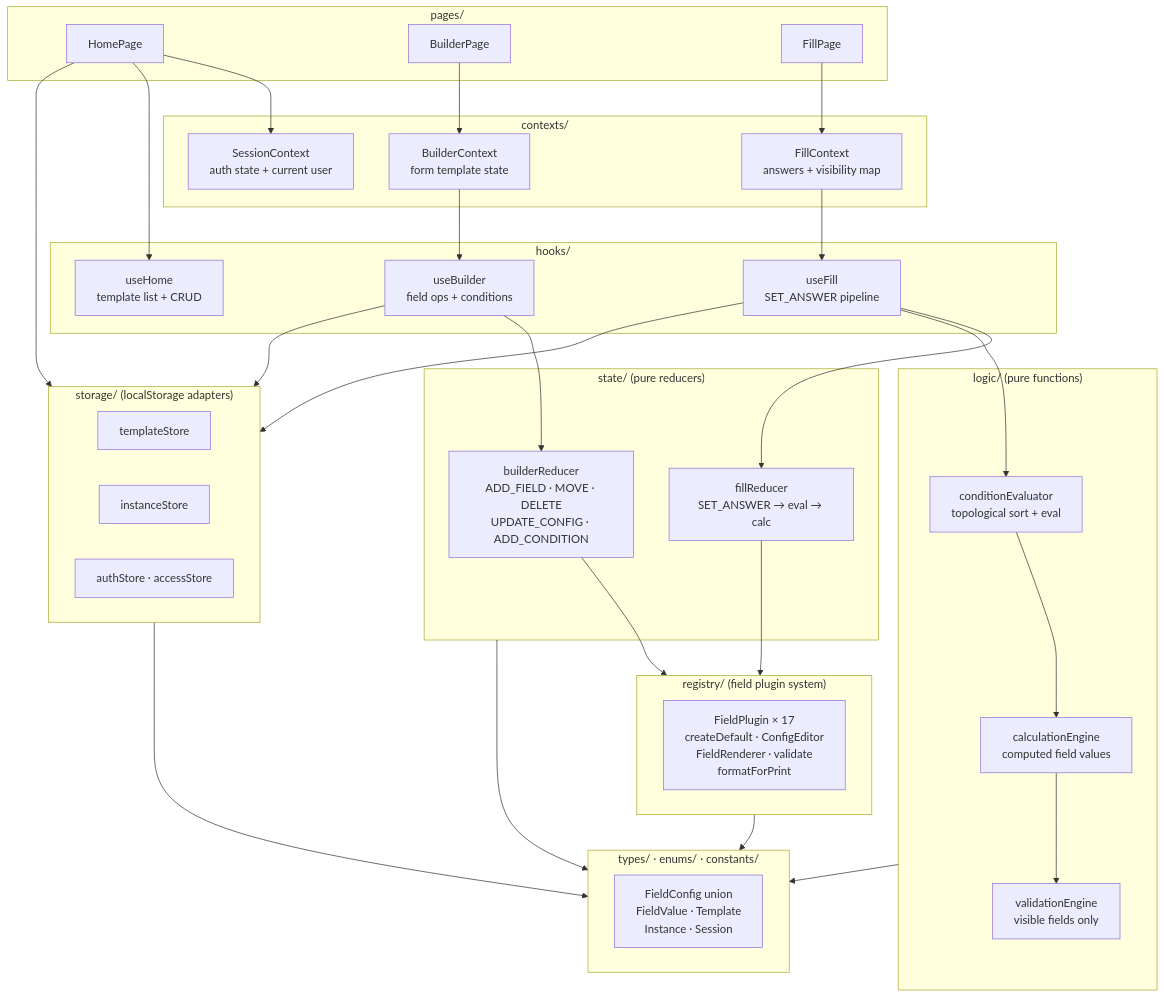
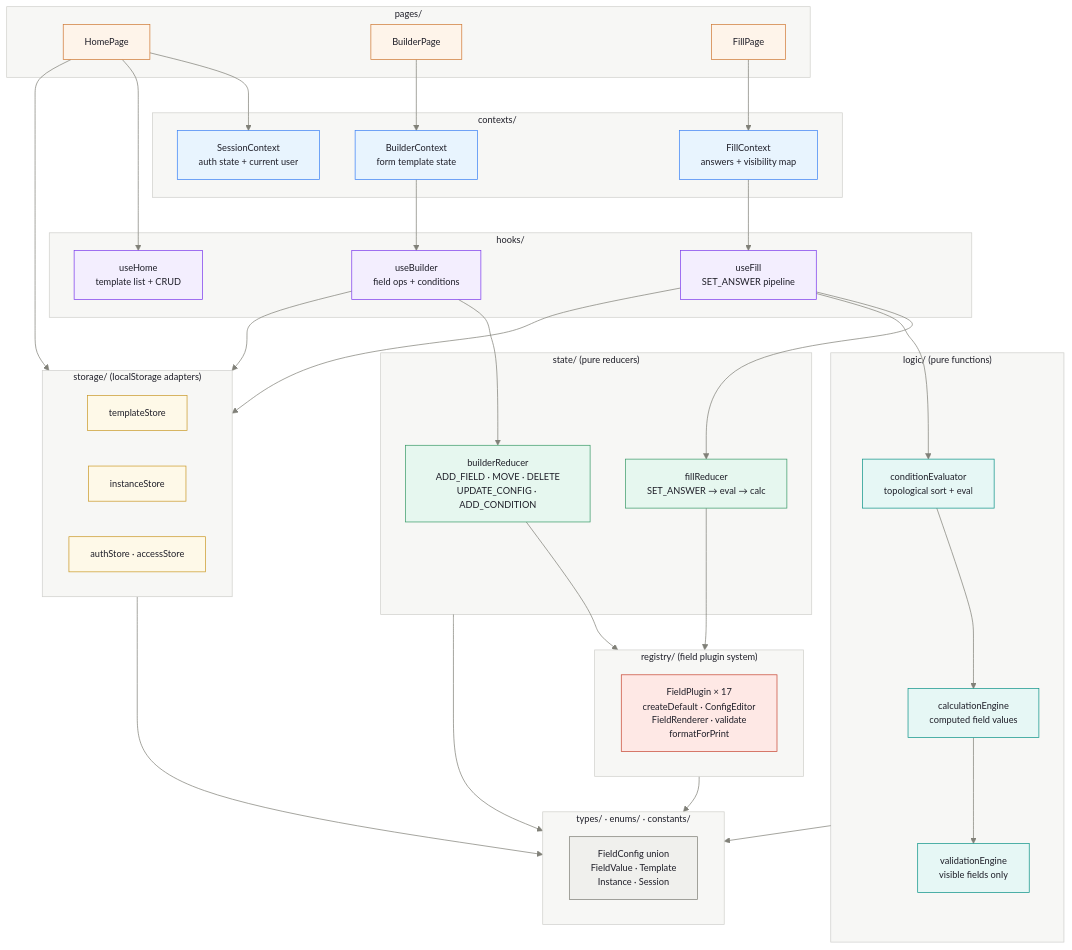
The diagram in docs/lld.mmd (Piyush8296/smart-form-builder), drawn with Mermaid before and after one commit. The commit also changed 7 other files, not shown here.

First line of the commit message:
docs: add architecture diagrams to docs/

```diff
--- a/docs/lld.mmd
+++ b/docs/lld.mmd
@@ -1,57 +1,76 @@
+%%{init: {'theme': 'base', 'themeVariables': {'background': '#fafaf8', 'primaryColor': '#fef4ea', 'primaryBorderColor': '#d07935', 'primaryTextColor': '#1e1e28', 'secondaryColor': '#e6f7ef', 'tertiaryColor': '#f0f0ed', 'lineColor': '#808078', 'edgeLabelBackground': '#ffffff', 'clusterBkg': '#f7f7f5', 'clusterBorder': '#d0d0cc', 'titleColor': '#1e1e28', 'fontFamily': 'Geist, ui-sans-serif, system-ui, sans-serif', 'fontSize': '13px'}}}%%
 flowchart TD
     subgraph Routes ["pages/"]
         HP["HomePage"]
         BP["BuilderPage"]
         FP["FillPage"]
     end
 
     subgraph Contexts ["contexts/"]
         SC["SessionContext\nauth state + current user"]
         BC["BuilderContext\nform template state"]
         FC["FillContext\nanswers + visibility map"]
     end
 
     subgraph Hooks ["hooks/"]
         UH["useHome\ntemplate list + CRUD"]
         UB["useBuilder\nfield ops + conditions"]
         UF["useFill\nSET_ANSWER pipeline"]
     end
 
     subgraph State ["state/  (pure reducers)"]
         BR["builderReducer\nADD_FIELD · MOVE · DELETE\nUPDATE_CONFIG · ADD_CONDITION"]
         FR["fillReducer\nSET_ANSWER → eval → calc"]
     end
 
     subgraph Logic ["logic/  (pure functions)"]
         CE["conditionEvaluator\ntopological sort + eval"]
         CA["calculationEngine\ncomputed field values"]
         VA["validationEngine\nvisible fields only"]
     end
 
     subgraph Storage ["storage/  (localStorage adapters)"]
         TS["templateStore"]
         IS["instanceStore"]
         AU["authStore · accessStore"]
     end
 
     subgraph Registry ["registry/  (field plugin system)"]
         FP2["FieldPlugin × 17\ncreateDefault · ConfigEditor\nFieldRenderer · validate\nformatForPrint"]
     end
 
     subgraph Contracts ["types/ · enums/ · constants/"]
         T["FieldConfig union\nFieldValue · Template\nInstance · Session"]
     end
 
     HP --> SC & UH & Storage
     BP --> BC --> UB --> BR
     FP --> FC --> UF --> FR
 
     UF --> CE --> CA
     CA --> VA
 
     UB & UF --> Storage
     BR & FR --> Registry
     Registry --> Contracts
     State --> Contracts
     Logic --> Contracts
     Storage --> Contracts
+
+    classDef routes    fill:#fef4ea,stroke:#d07935,color:#1e1e28
+    classDef contexts  fill:#e8f4fe,stroke:#3b82f6,color:#1e1e28
+    classDef hooks     fill:#f3eefe,stroke:#7c3aed,color:#1e1e28
+    classDef state     fill:#e6f7ef,stroke:#3a9a68,color:#1e1e28
+    classDef logic     fill:#e6f7f5,stroke:#0d9488,color:#1e1e28
+    classDef storage   fill:#fef9e8,stroke:#ca9a2a,color:#1e1e28
+    classDef registry  fill:#fee8e5,stroke:#c84835,color:#1e1e28
+    classDef contracts fill:#f0f0ed,stroke:#808078,color:#1e1e28
+
+    class HP,BP,FP routes
+    class SC,BC,FC contexts
+    class UH,UB,UF hooks
+    class BR,FR state
+    class CE,CA,VA logic
+    class TS,IS,AU storage
+    class FP2 registry
+    class T contracts
```
